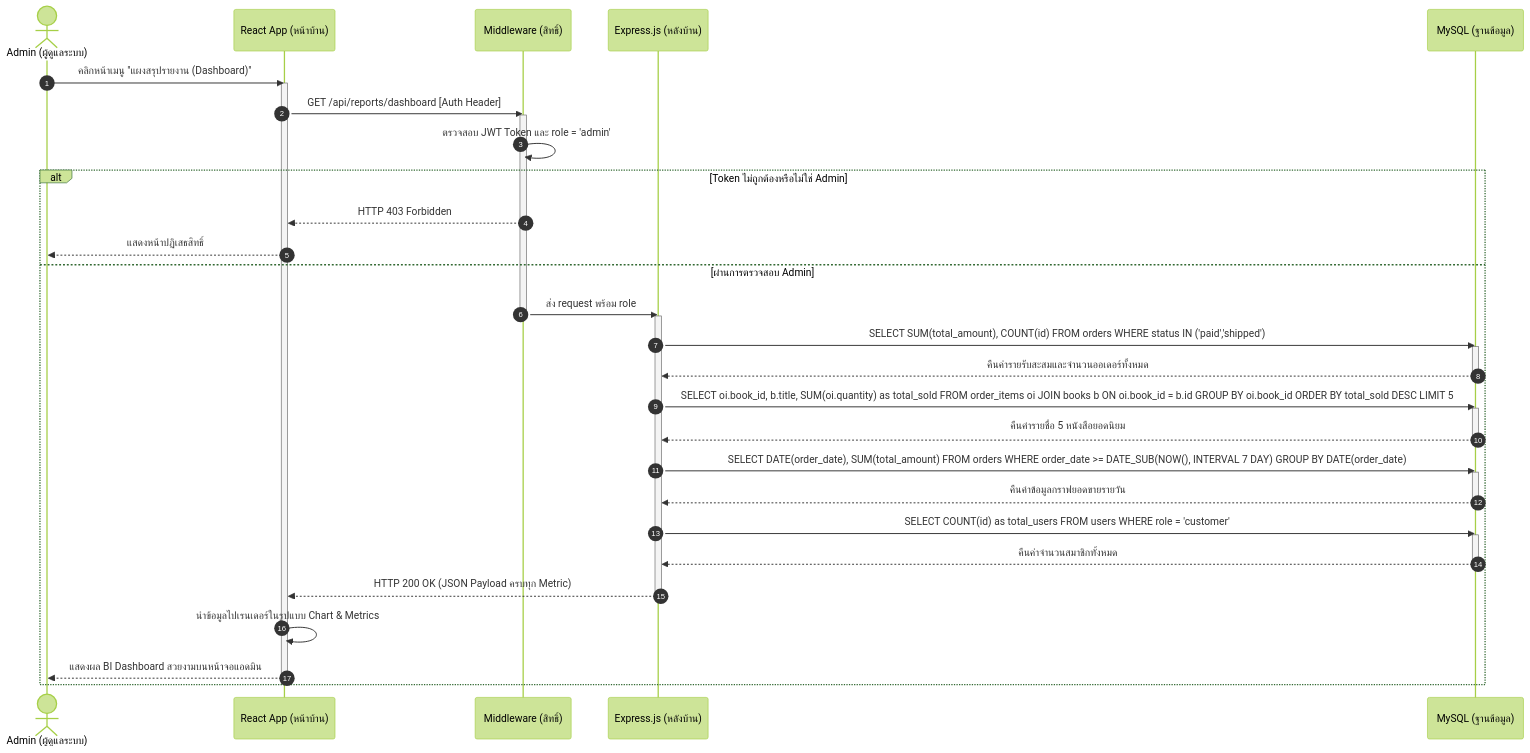
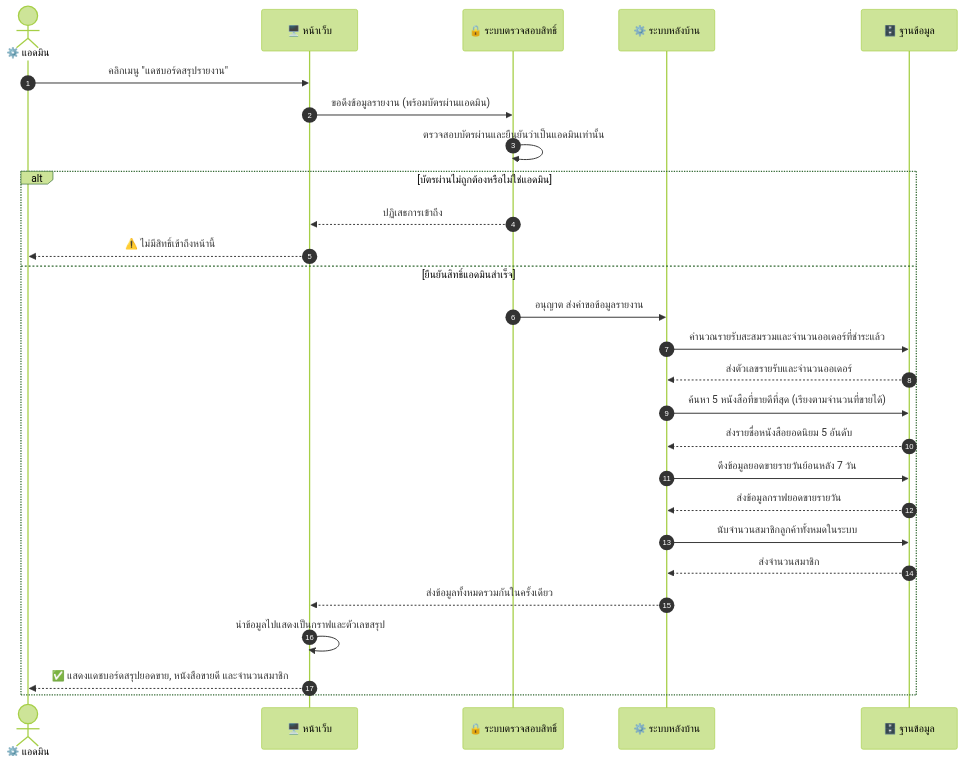
Before and after one commit to SupvichSpuGM/online-bookstore: diagram 11 of 15 in diagram/Diagram.md, drawn with Mermaid (forest theme). The commit also changed other lines of this file and 1 other file, not shown here.

````diff
--- a/diagram/Diagram.md
+++ b/diagram/Diagram.md
@@ -745,44 +650,30 @@
 ```mermaid
 sequenceDiagram
-            autonumber
-            actor Admin as Admin (ผู้ดูแลระบบ)
-            participant Client as React App (หน้าบ้าน)
-            participant AuthMW as Middleware (สิทธิ์)
-            participant API as Express.js (หลังบ้าน)
-            participant DB as MySQL (ฐานข้อมูล)
+    autonumber
+    actor Admin as ⚙️ แอดมิน
+    participant Web as 🖥️ หน้าเว็บ
+    participant Guard as 🔒 ระบบตรวจสอบสิทธิ์
+    participant App as ⚙️ ระบบหลังบ้าน
+    participant DB as 🗄️ ฐานข้อมูล
 
-            Admin->>Client: คลิกหน้าเมนู "แผงสรุปรายงาน (Dashboard)"
-            activate Client
-            Client->>AuthMW: GET /api/reports/dashboard [Auth Header]
-            activate AuthMW
-            AuthMW->>AuthMW: ตรวจสอบ JWT Token และ role = 'admin'
-            alt Token ไม่ถูกต้องหรือไม่ใช่ Admin
-                AuthMW-->>Client: HTTP 403 Forbidden
-                Client-->>Admin: แสดงหน้าปฏิเสธสิทธิ์
-            else ผ่านการตรวจสอบ Admin
-                AuthMW->>API: ส่ง request พร้อม role
-                deactivate AuthMW
-                activate API
-                API->>DB: SELECT SUM(total_amount), COUNT(id) FROM orders WHERE status IN ('paid','shipped')
-                activate DB
-                DB-->>API: คืนค่ารายรับสะสมและจำนวนออเดอร์ทั้งหมด
-                deactivate DB
-                API->>DB: SELECT oi.book_id, b.title, SUM(oi.quantity) as total_sold FROM order_items oi JOIN books b ON oi.book_id = b.id GROUP BY oi.book_id ORDER BY total_sold DESC LIMIT 5
-                activate DB
-                DB-->>API: คืนค่ารายชื่อ 5 หนังสือยอดนิยม
-                deactivate DB
-                API->>DB: SELECT DATE(order_date), SUM(total_amount) FROM orders WHERE order_date >= DATE_SUB(NOW(), INTERVAL 7 DAY) GROUP BY DATE(order_date)
-                activate DB
-                DB-->>API: คืนค่าข้อมูลกราฟยอดขายรายวัน
-                deactivate DB
-                API->>DB: SELECT COUNT(id) as total_users FROM users WHERE role = 'customer'
-                activate DB
-                DB-->>API: คืนค่าจำนวนสมาชิกทั้งหมด
-                deactivate DB
-                API-->>Client: HTTP 200 OK (JSON Payload ครบทุก Metric)
-                deactivate API
-                Client->>Client: นำข้อมูลไปเรนเดอร์ในรูปแบบ Chart & Metrics
-                Client-->>Admin: แสดงผล BI Dashboard สวยงามบนหน้าจอแอดมิน
-            end
-            deactivate Client
+    Admin->>Web: คลิกเมนู "แดชบอร์ดสรุปรายงาน"
+    Web->>Guard: ขอดึงข้อมูลรายงาน (พร้อมบัตรผ่านแอดมิน)
+    Guard->>Guard: ตรวจสอบบัตรผ่านและยืนยันว่าเป็นแอดมินเท่านั้น
+    alt บัตรผ่านไม่ถูกต้องหรือไม่ใช่แอดมิน
+        Guard-->>Web: ปฏิเสธการเข้าถึง
+        Web-->>Admin: ⚠️ ไม่มีสิทธิ์เข้าถึงหน้านี้
+    else ยืนยันสิทธิ์แอดมินสำเร็จ
+        Guard->>App: อนุญาต ส่งคำขอข้อมูลรายงาน
+        App->>DB: คำนวณรายรับสะสมรวมและจำนวนออเดอร์ที่ชำระแล้ว
+        DB-->>App: ส่งตัวเลขรายรับและจำนวนออเดอร์
+        App->>DB: ค้นหา 5 หนังสือที่ขายดีที่สุด (เรียงตามจำนวนที่ขายได้)
+        DB-->>App: ส่งรายชื่อหนังสือยอดนิยม 5 อันดับ
+        App->>DB: ดึงข้อมูลยอดขายรายวันย้อนหลัง 7 วัน
+        DB-->>App: ส่งข้อมูลกราฟยอดขายรายวัน
+        App->>DB: นับจำนวนสมาชิกลูกค้าทั้งหมดในระบบ
+        DB-->>App: ส่งจำนวนสมาชิก
+        App-->>Web: ส่งข้อมูลทั้งหมดรวมกันในครั้งเดียว
+        Web->>Web: นำข้อมูลไปแสดงเป็นกราฟและตัวเลขสรุป
+        Web-->>Admin: ✅ แสดงแดชบอร์ดสรุปยอดขาย, หนังสือขายดี และจำนวนสมาชิก
+    end
 ```
````
